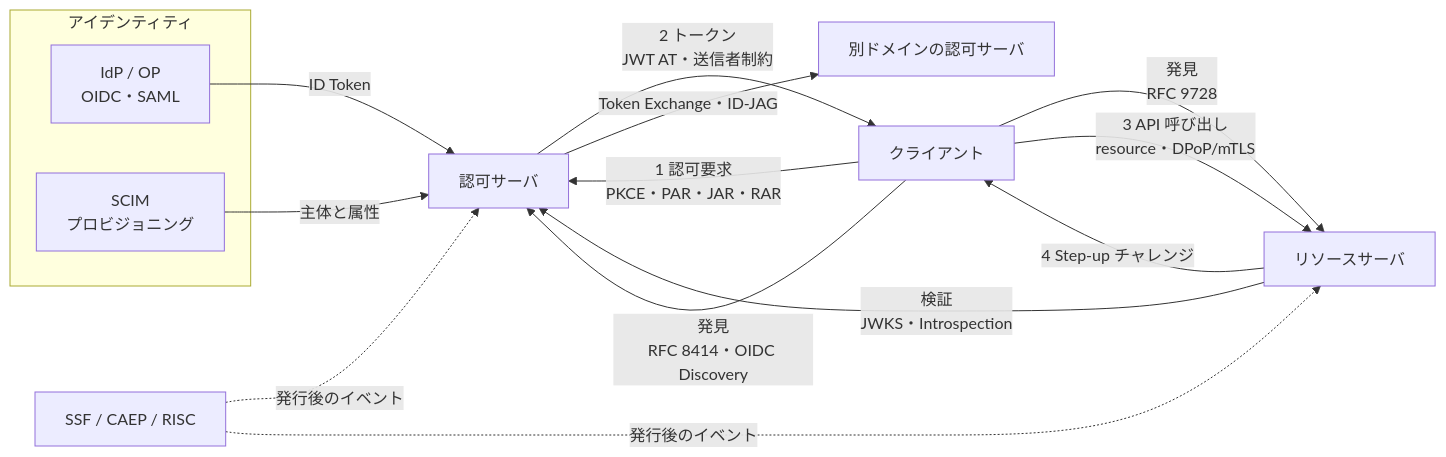
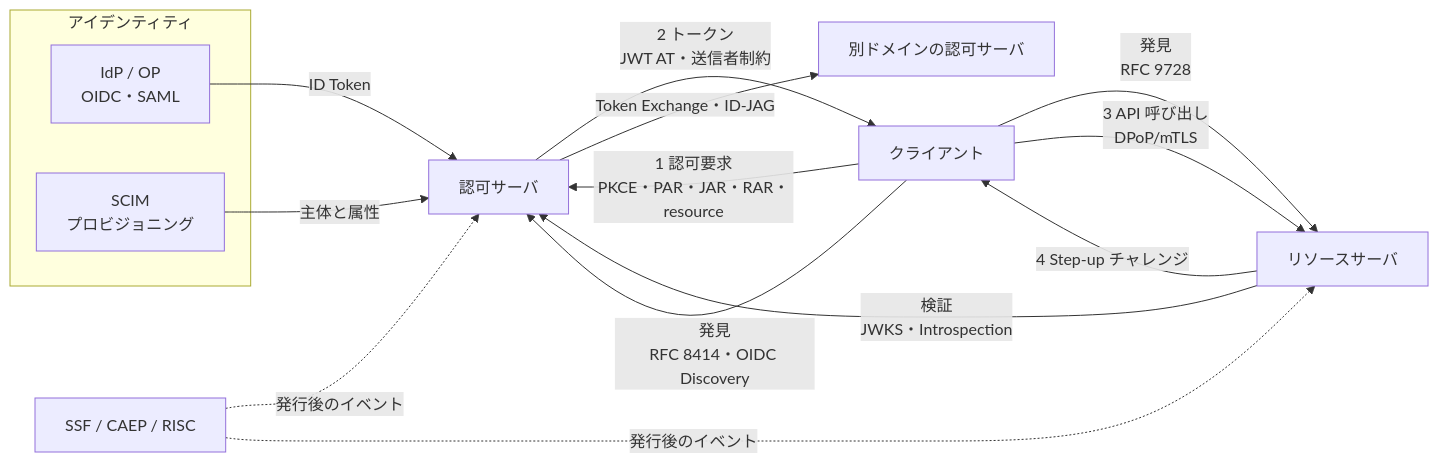
One commit to bmf-san/bmf-tech changed the first of 2 diagrams in content/ja/posts/oauth-standards-map-authorization-platform.md. Above: the diagram before and after it, drawn with Mermaid. The commit also changed other lines of this file and 1 other file, not shown here.

First line of the commit message:
fix: OAuth 関連標準の地図の記事の図・JAR・SAML の記述を一次資料に合わせる

````diff
--- a/content/ja/posts/oauth-standards-map-authorization-platform.md
+++ b/content/ja/posts/oauth-standards-map-authorization-platform.md
@@ -50,19 +50,19 @@
 ```mermaid
 flowchart LR
   subgraph ID["アイデンティティ"]
     IdP["IdP / OP<br/>OIDC・SAML"]
     SCIM["SCIM<br/>プロビジョニング"]
   end
-  C["クライアント"] -- "1 認可要求<br/>PKCE・PAR・JAR・RAR" --> AS["認可サーバ"]
+  C["クライアント"] -- "1 認可要求<br/>PKCE・PAR・JAR・RAR・resource" --> AS["認可サーバ"]
   C -- "発見<br/>RFC 9728" --> RS["リソースサーバ"]
   C -- "発見<br/>RFC 8414・OIDC Discovery" --> AS
   AS -- "2 トークン<br/>JWT AT・送信者制約" --> C
-  C -- "3 API 呼び出し<br/>resource・DPoP/mTLS" --> RS
+  C -- "3 API 呼び出し<br/>DPoP/mTLS" --> RS
   RS -- "検証<br/>JWKS・Introspection" --> AS
   RS -- "4 Step-up チャレンジ" --> C
   IdP -- "ID Token" --> AS
   SCIM -- "主体と属性" --> AS
   T["SSF / CAEP / RISC"] -. "発行後のイベント" .-> AS
   T -. "発行後のイベント" .-> RS
   AS -- "Token Exchange・ID-JAG" --> AS2["別ドメインの認可サーバ"]
 ```
````
